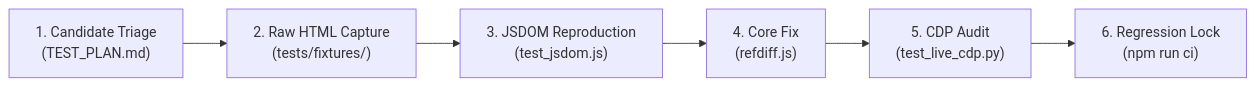
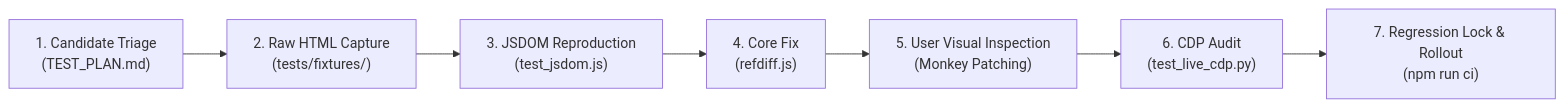
Before and after one commit to psytrap/refdiff: the diagram in AUDIT_STRATEGY.md, drawn with Mermaid. The commit also changed other lines of this file and 2 other files, not shown here.

Commit message:
docs(lifecycle): codify user visual inspection via monkey patching prior to rollout and CDP

````diff
--- a/AUDIT_STRATEGY.md
+++ b/AUDIT_STRATEGY.md
@@ -234,8 +234,9 @@
 ```mermaid
 flowchart LR
     Q1["1. Candidate Triage<br/>(TEST_PLAN.md)"] --> Q2["2. Raw HTML Capture<br/>(tests/fixtures/)"]
     Q2 --> Q3["3. JSDOM Reproduction<br/>(test_jsdom.js)"]
     Q3 --> Q4["4. Core Fix<br/>(refdiff.js)"]
-    Q4 --> Q5["5. CDP Audit<br/>(test_live_cdp.py)"]
-    Q5 --> Q6["6. Regression Lock<br/>(npm run ci)"]
+    Q4 --> Q5["5. User Visual Inspection<br/>(Monkey Patching)"]
+    Q5 --> Q6["6. CDP Audit<br/>(test_live_cdp.py)"]
+    Q6 --> Q7["7. Regression Lock & Rollout<br/>(npm run ci)"]
 ```
````
